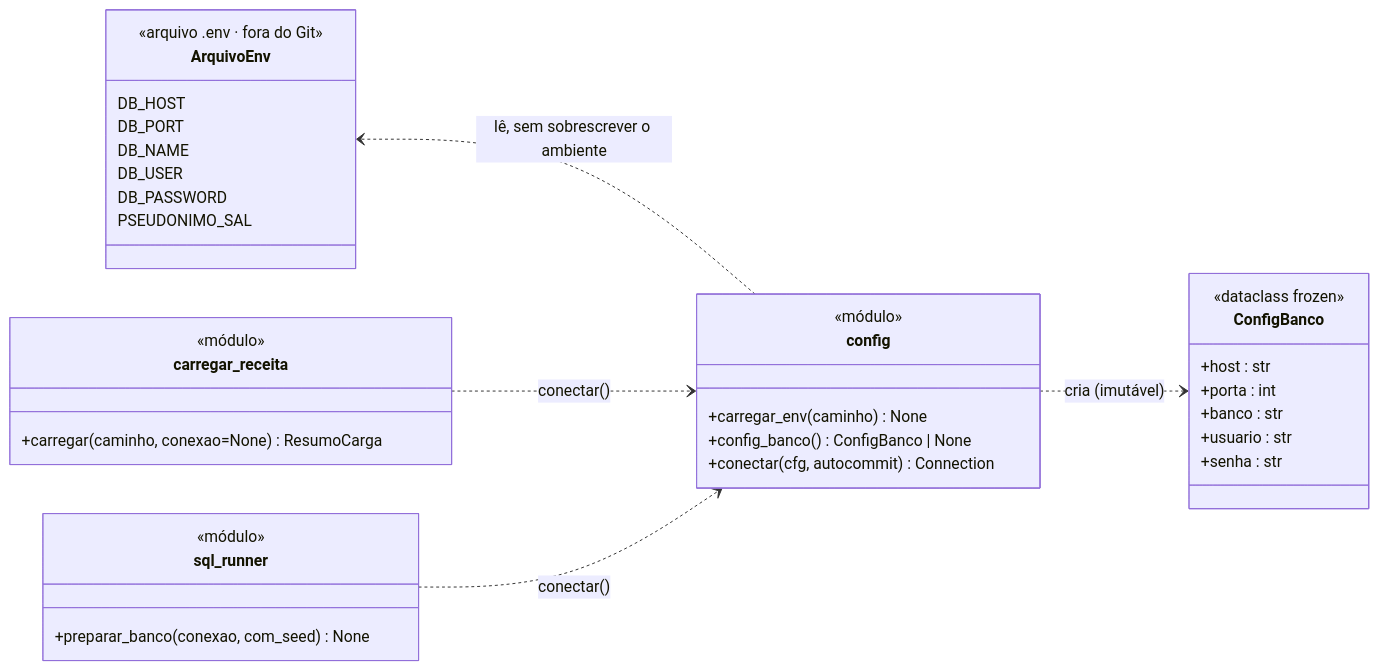
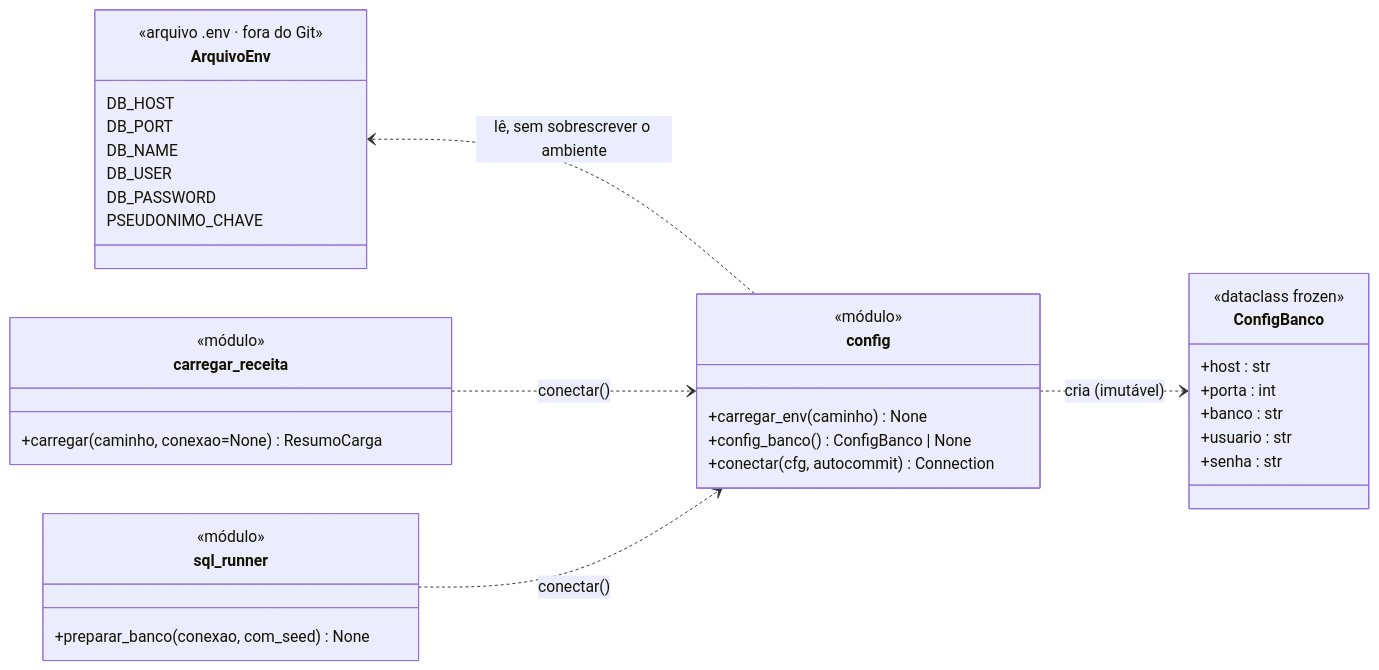
The third of 3 diagrams in docs/parte3/README.md (guilhermercmoraes-tech/PI2_Sprint2-Grupo-1-UFT), drawn with Mermaid before and after one commit. The commit also changed 23 other files, not shown here.

````diff
--- a/docs/parte3/README.md
+++ b/docs/parte3/README.md
@@ -81,39 +81,39 @@
 ```mermaid
 classDiagram
     direction LR
     class ArquivoEnv {
         <<arquivo .env · fora do Git>>
         DB_HOST
         DB_PORT
         DB_NAME
         DB_USER
         DB_PASSWORD
-        PSEUDONIMO_SAL
+        PSEUDONIMO_CHAVE
     }
     class config {
         <<módulo>>
         +carregar_env(caminho) None
         +config_banco() ConfigBanco | None
         +conectar(cfg, autocommit) Connection
     }
     class ConfigBanco {
         <<dataclass frozen>>
         +host : str
         +porta : int
         +banco : str
         +usuario : str
         +senha : str
     }
     class carregar_receita {
         <<módulo>>
         +carregar(caminho, conexao=None) ResumoCarga
     }
     class sql_runner {
         <<módulo>>
         +preparar_banco(conexao, com_seed) None
     }
     ArquivoEnv <.. config : lê, sem sobrescrever o ambiente
     config ..> ConfigBanco : cria (imutável)
     carregar_receita ..> config : conectar()
     sql_runner ..> config : conectar()
 ```
````
